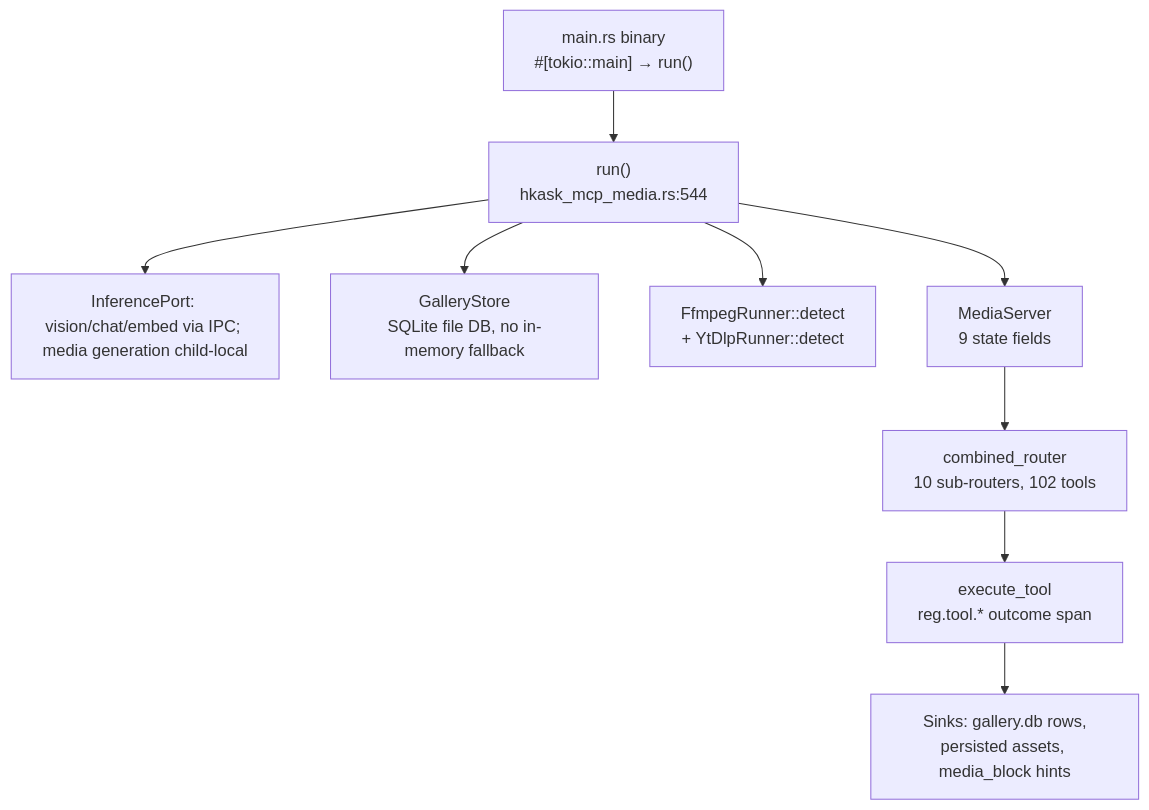
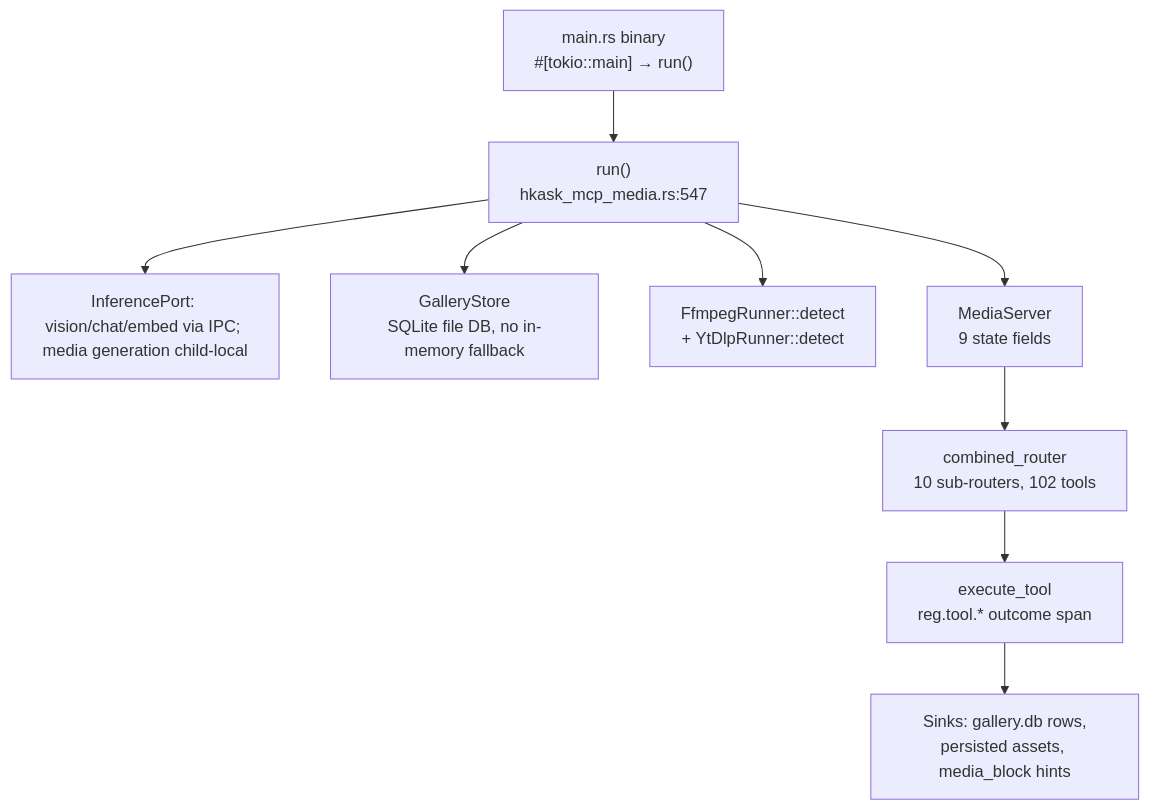
One commit to mdz-axo/zed-kask changed the first of 3 diagrams in kask/docs/reference/mcp-servers/media.md. Above: the diagram before and after it, drawn with Mermaid. The commit also changed other lines of this file and 4 other files, not shown here.

````diff
--- a/kask/docs/reference/mcp-servers/media.md
+++ b/kask/docs/reference/mcp-servers/media.md
@@ -23,21 +23,21 @@
 ```mermaid
 flowchart TD
     binary["main.rs binary<br/>#[tokio::main] → run()"]
-    run["run()<br/>hkask_mcp_media.rs:544"]
+    run["run()<br/>hkask_mcp_media.rs:547"]
     port["InferencePort: vision/chat/embed via IPC; media generation child-local"]
     db["GalleryStore<br/>SQLite file DB, no in-memory fallback"]
     ffmpeg["FfmpegRunner::detect<br/>+ YtDlpRunner::detect"]
     server["MediaServer<br/>9 state fields"]
     router["combined_router<br/>10 sub-routers, 102 tools"]
     dispatch["execute_tool<br/>reg.tool.* outcome span"]
     sinks["Sinks: gallery.db rows,<br/>persisted assets, media_block hints"]
 
     binary --> run
     run --> port
     run --> db
     run --> ffmpeg
     run --> server
     server --> router
     router --> dispatch
     dispatch --> sinks
 ```
````
